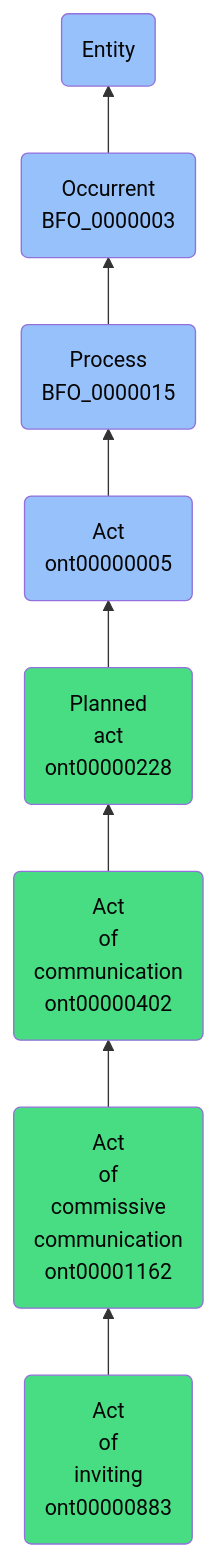
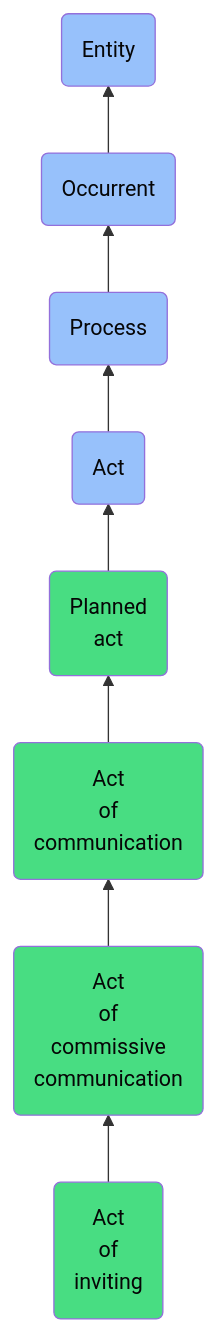
The diagram in docs/ontology/reference/model/Entity/Occurrent/Process/Act/Planned act/Act of communication/Act of commissive communication/Act of inviting/Act of inviting.md (jupyter-naas/abi), drawn with Mermaid before and after one commit. The commit also changed other lines of this file and 1430 other files, not shown here.

````diff
--- a/docs/ontology/reference/model/Entity/Occurrent/Process/Act/Planned act/Act of communication/Act of commissive communication/Act of inviting/Act of inviting.md
+++ b/docs/ontology/reference/model/Entity/Occurrent/Process/Act/Planned act/Act of communication/Act of commissive communication/Act of inviting/Act of inviting.md
@@ -24,15 +24,15 @@
 ```mermaid
 graph BT
-    ont00000883(Act<br>of<br>inviting<br>ont00000883):::ABI-->ont00001162
-    ont00001162(Act<br>of<br>commissive<br>communication<br>ont00001162):::ABI-->ont00000402
-    ont00000402(Act<br>of<br>communication<br>ont00000402):::ABI-->ont00000228
-    ont00000228(Planned<br>act<br>ont00000228):::ABI-->ont00000005
-    ont00000005(Act<br>ont00000005):::BFO-->BFO_0000015
-    BFO_0000015(Process<br>BFO_0000015):::BFO-->BFO_0000003
-    BFO_0000003(Occurrent<br>BFO_0000003):::BFO-->BFO_0000001
+    ont00000883(Act<br>of<br>inviting):::ABI-->ont00001162
+    ont00001162(Act<br>of<br>commissive<br>communication):::ABI-->ont00000402
+    ont00000402(Act<br>of<br>communication):::ABI-->ont00000228
+    ont00000228(Planned<br>act):::ABI-->ont00000005
+    ont00000005(Act):::BFO-->BFO_0000015
+    BFO_0000015(Process):::BFO-->BFO_0000003
+    BFO_0000003(Occurrent):::BFO-->BFO_0000001
     BFO_0000001(Entity):::BFO
     
     classDef BFO fill:#97c1fb,color:#060606
     classDef CCO fill:#e4c51e,color:#060606
     classDef ABI fill:#48DD82,color:#060606
 ```
````
